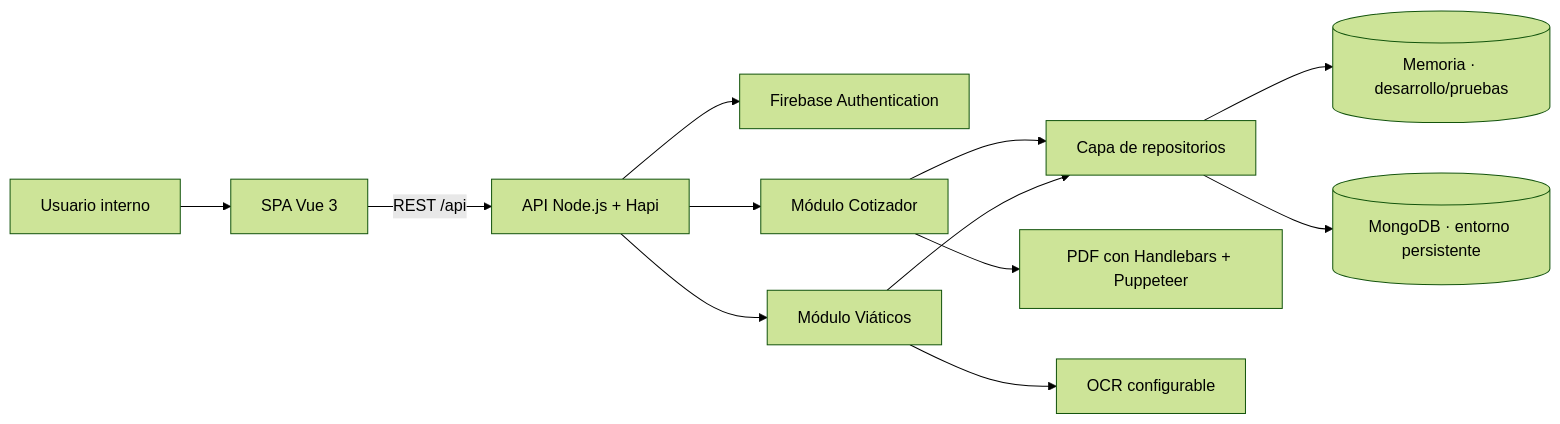
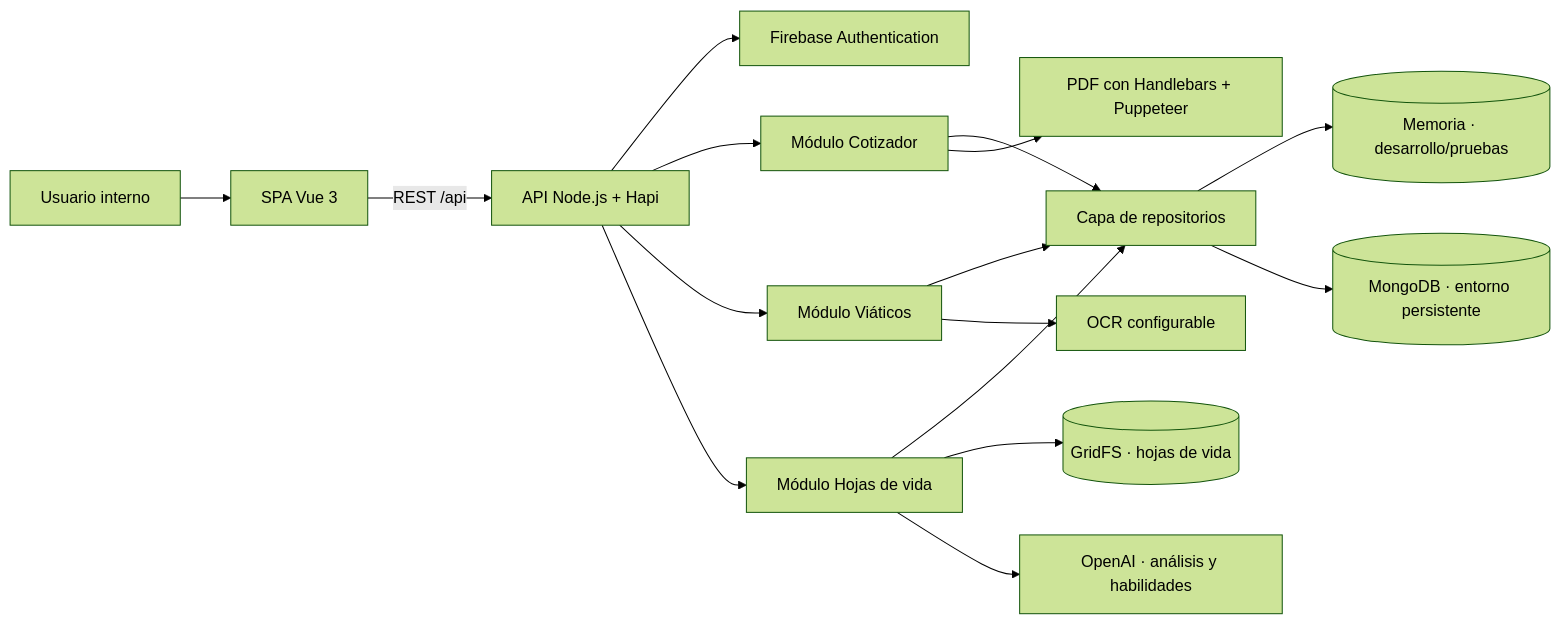
The first of 2 diagrams in docs/wiki/08-Arquitectura.md (jdj40211/GalcoProyecto2), drawn with Mermaid (forest theme) before and after one commit. The commit also changed other lines of this file and 16 other files, not shown here.

````diff
--- a/docs/wiki/08-Arquitectura.md
+++ b/docs/wiki/08-Arquitectura.md
@@ -7,14 +7,18 @@
 ```mermaid
 flowchart LR
     U[Usuario interno] --> SPA[SPA Vue 3]
     SPA -->|REST /api| API[API Node.js + Hapi]
     API --> AUTH[Firebase Authentication]
     API --> COT[Módulo Cotizador]
     API --> VIA[Módulo Viáticos]
+    API --> HV[Módulo Hojas de vida]
     COT --> REPO[Capa de repositorios]
     VIA --> REPO
+    HV --> REPO
+    HV --> GFS[(GridFS · hojas de vida)]
+    HV --> IA[OpenAI · análisis y habilidades]
     REPO --> MEM[(Memoria · desarrollo/pruebas)]
     REPO --> MDB[(MongoDB · entorno persistente)]
     COT --> PDF[PDF con Handlebars + Puppeteer]
     VIA --> OCR[OCR configurable]
 ```
````
